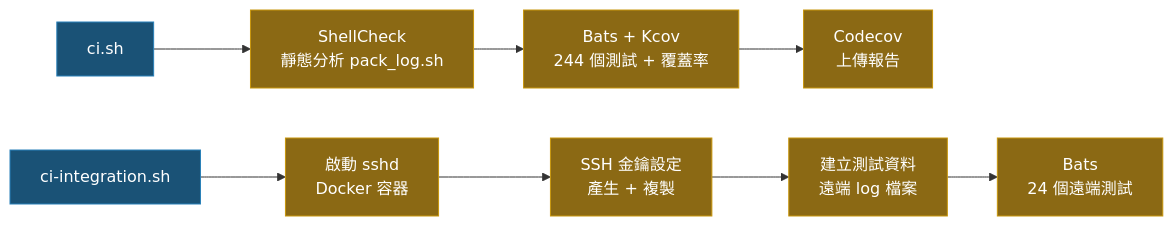
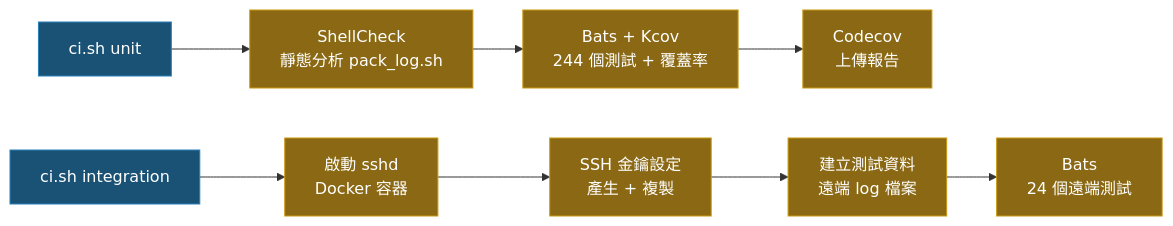
Before and after one commit to ycpss91255/pack_log: the second of 2 diagrams in doc/README.zh-TW.md, drawn with Mermaid. The commit also changed other lines of this file and 9 other files, not shown here.

````diff
--- a/doc/README.zh-TW.md
+++ b/doc/README.zh-TW.md
@@ -203,14 +204,14 @@
 ```mermaid
 graph LR
-    S["ci.sh"]:::entry --> SC["ShellCheck\n靜態分析 pack_log.sh"]:::step
+    S["ci.sh unit"]:::entry --> SC["ShellCheck\n靜態分析 pack_log.sh"]:::step
     SC --> BT["Bats + Kcov\n244 個測試 + 覆蓋率"]:::step
     BT --> CC["Codecov\n上傳報告"]:::step
 
-    S2["ci-integration.sh"]:::entry --> SSHD["啟動 sshd\nDocker 容器"]:::step
+    S2["ci.sh integration"]:::entry --> SSHD["啟動 sshd\nDocker 容器"]:::step
     SSHD --> KEY["SSH 金鑰設定\n產生 + 複製"]:::step
     KEY --> DATA["建立測試資料\n遠端 log 檔案"]:::step
     DATA --> IT["Bats\n24 個遠端測試"]:::step
 
     classDef entry fill:#1a5276,color:#fff,stroke:#2980b9
     classDef step fill:#8B6914,color:#fff,stroke:#c8960c
 ```
````
